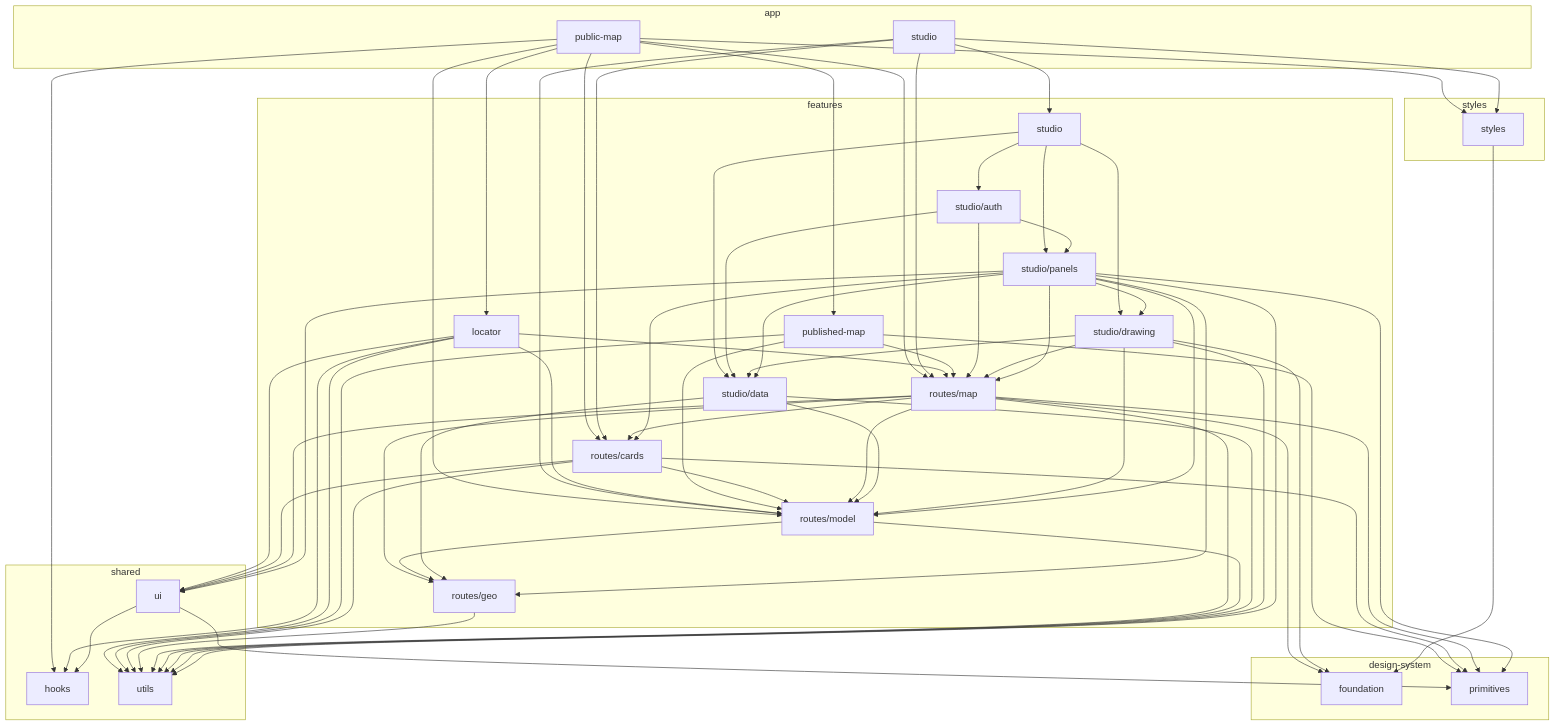
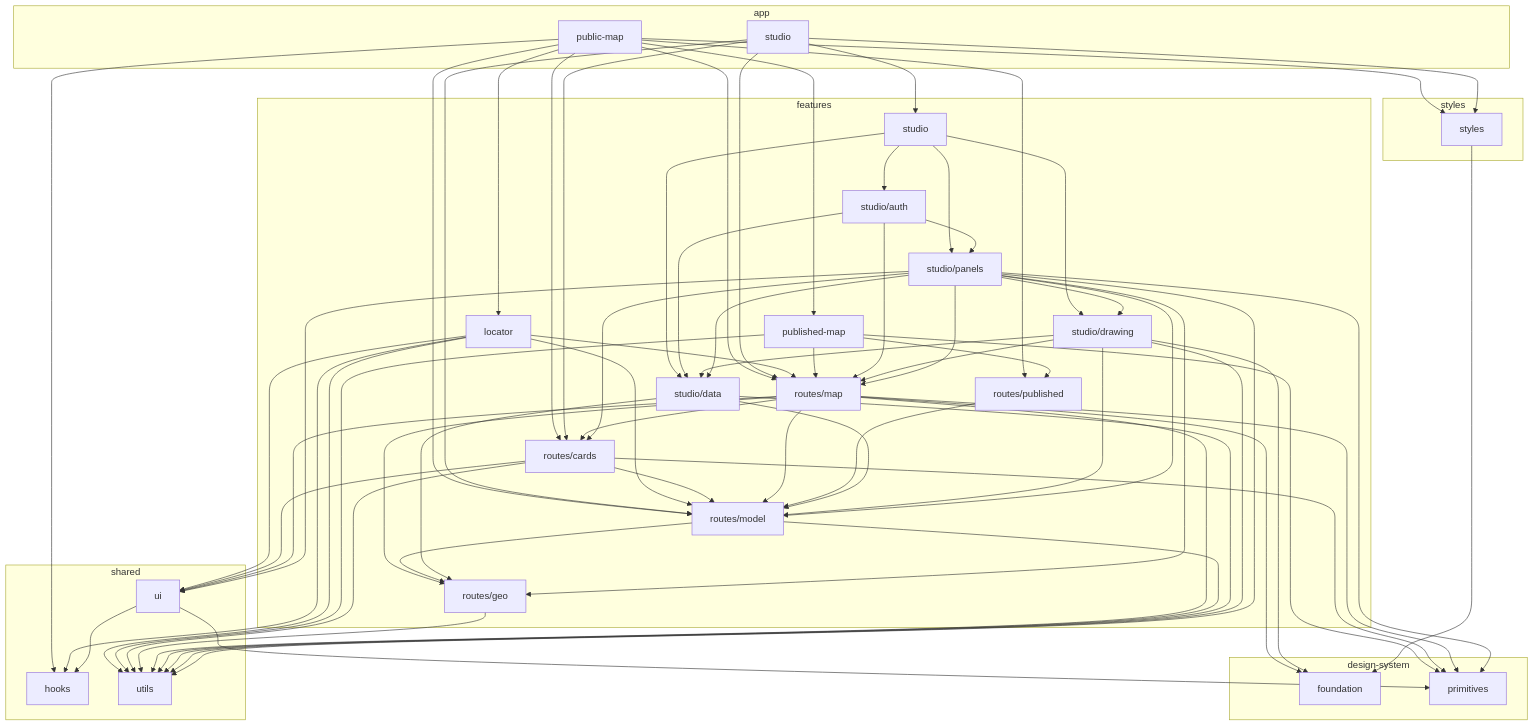
Before and after one commit to ParaOrg/Para: the diagram in docs/architecture.md, drawn with Mermaid. The commit also changed other lines of this file and 30 other files, not shown here.

First line of the commit message:
Move the published map's reader into routes/published

```diff
--- a/docs/architecture.md
+++ b/docs/architecture.md
@@ -29,6 +29,7 @@
     features_routes_geo["routes/geo"]
     features_routes_map["routes/map"]
     features_routes_model["routes/model"]
+    features_routes_published["routes/published"]
     features_studio["studio"]
     features_studio_auth["studio/auth"]
     features_studio_data["studio/data"]
@@ -52,6 +53,7 @@
   app_public_map --> features_routes_cards
   app_public_map --> features_routes_map
   app_public_map --> features_routes_model
+  app_public_map --> features_routes_published
   app_public_map --> shared_hooks
   app_public_map --> styles
   app_studio --> features_routes_cards
@@ -66,7 +68,7 @@
   features_locator --> shared_utils
   features_published_map --> design_system_primitives
   features_published_map --> features_routes_map
-  features_published_map --> features_routes_model
+  features_published_map --> features_routes_published
   features_published_map --> shared_utils
   features_routes_cards --> design_system_primitives
   features_routes_cards --> features_routes_model
@@ -82,6 +84,7 @@
   features_routes_map --> shared_utils
   features_routes_model --> features_routes_geo
   features_routes_model --> shared_utils
+  features_routes_published --> features_routes_model
   features_studio --> features_studio_auth
   features_studio --> features_studio_data
   features_studio --> features_studio_drawing
```
